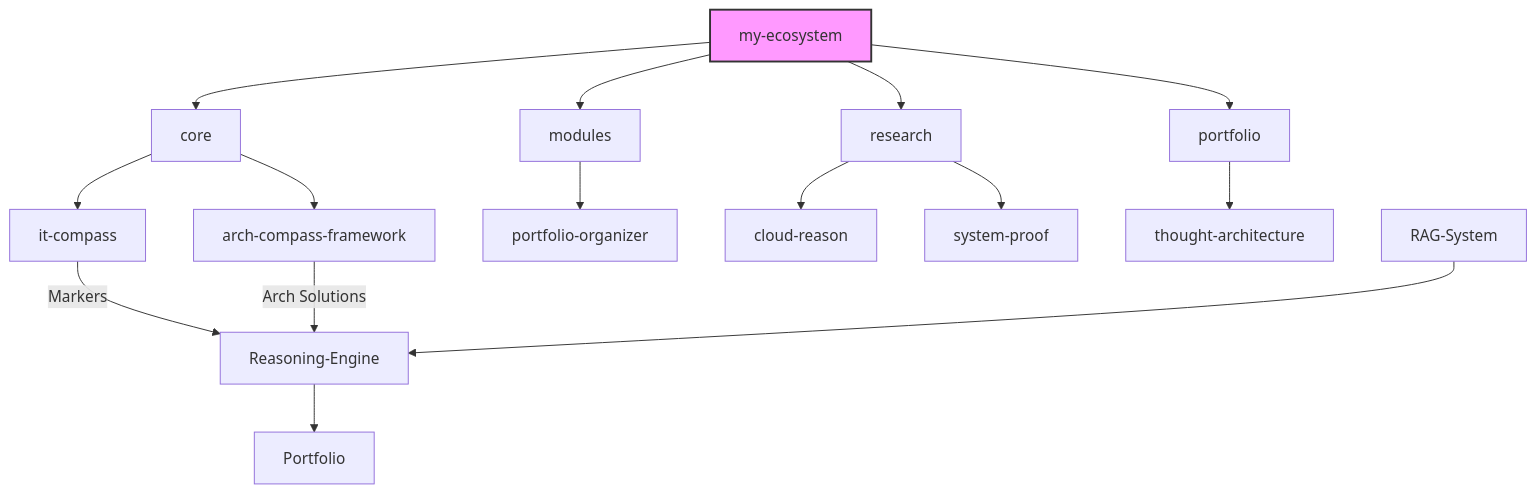
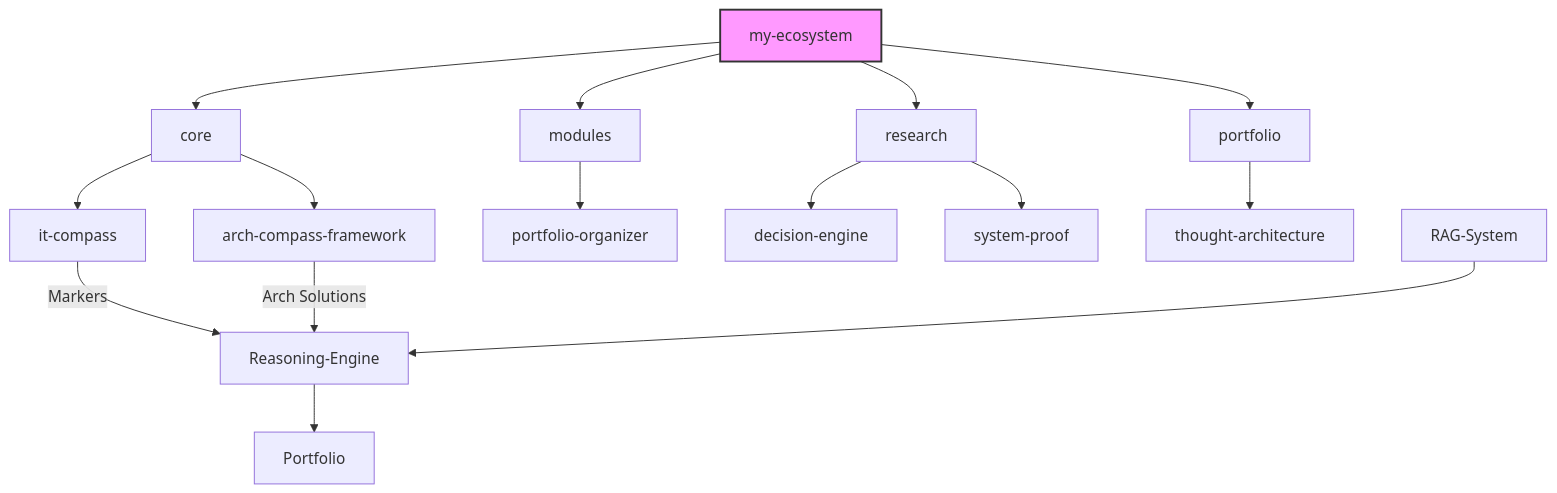
Before and after one commit to Control39/portfolio-system-architect: the diagram in docs/external-ecosystem/ECOSYSTEM_MAP.md, drawn with Mermaid. The commit also changed 80 other files, not shown here.

First line of the commit message:
refactor: migrate cloud_reason to decision_engine

````diff
--- a/docs/external-ecosystem/ECOSYSTEM_MAP.md
+++ b/docs/external-ecosystem/ECOSYSTEM_MAP.md
@@ -7,24 +7,24 @@
 ```mermaid
 graph TD
     A[my-ecosystem] --> B[core]
     A --> C[modules]
     A --> D[research]
     A --> E[portfolio]
 
     B --> B1[it-compass]
     B --> B2[arch-compass-framework]
 
     C --> C1[portfolio-organizer]
 
-    D --> D1[cloud-reason]
+    D --> D1[decision-engine]
     D --> D2[system-proof]
 
     E --> E1[thought-architecture]
 
     style A fill:#f9f,stroke:#333,stroke-width:2px
 
     B1 -->|Markers| F[Reasoning-Engine]
     B2 -->|Arch Solutions| F
     G[RAG-System] --> F
     F --> H[Portfolio]
 ```
````
